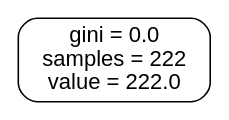
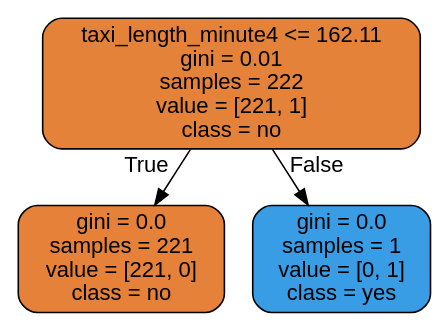
One commit to DungDinhDungDinh/capstone_project changed the diagram in t4_heavy_congestion.dot. Above: the diagram before and after it, drawn with Graphviz. The commit also changed 16 other files, not shown here.

```diff
--- a/t4_heavy_congestion.dot
+++ b/t4_heavy_congestion.dot
@@ -1,5 +1,9 @@
 digraph Tree {
 node [shape=box, style="filled, rounded", color="black", fontname="helvetica"] ;
 edge [fontname="helvetica"] ;
-0 [label="gini = 0.0\nsamples = 222\nvalue = 222.0", fillcolor="#ffffff"] ;
+0 [label="taxi_length_minute4 <= 162.11\ngini = 0.01\nsamples = 222\nvalue = [221, 1]\nclass = no", fillcolor="#e5823a"] ;
+1 [label="gini = 0.0\nsamples = 221\nvalue = [221, 0]\nclass = no", fillcolor="#e58139"] ;
+0 -> 1 [labeldistance=2.5, labelangle=45, headlabel="True"] ;
+2 [label="gini = 0.0\nsamples = 1\nvalue = [0, 1]\nclass = yes", fillcolor="#399de5"] ;
+0 -> 2 [labeldistance=2.5, labelangle=-45, headlabel="False"] ;
 }
```
